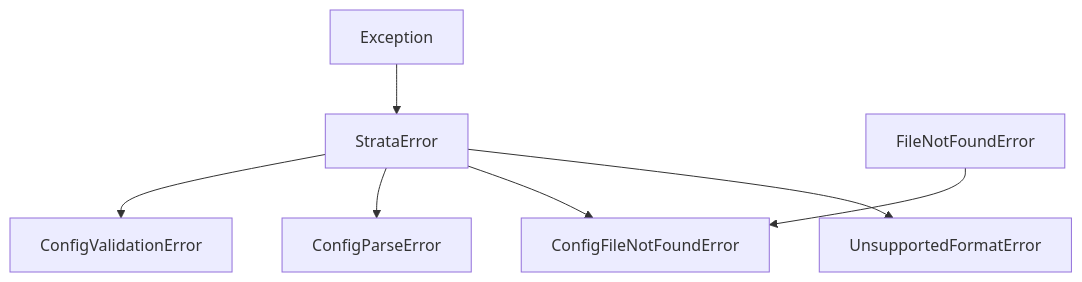
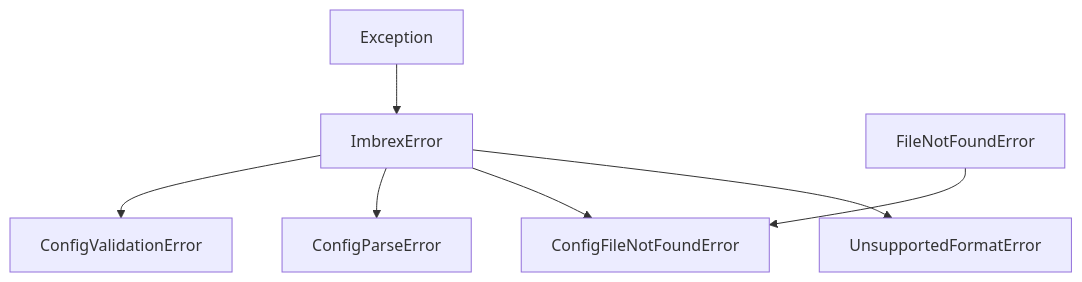
One commit to hanshannus/imbrex changed the diagram in docs/api/exceptions.md. Above: the diagram before and after it, drawn with Mermaid. The commit also changed other lines of this file and 33 other files, not shown here.

Commit message:
chore: rename project from strata to imbrex and update related documentation

````diff
--- a/docs/api/exceptions.md
+++ b/docs/api/exceptions.md
@@ -8,9 +8,9 @@
 ```mermaid
 graph TD
-    Exception --> StrataError
-    StrataError --> UnsupportedFormatError
-    StrataError --> ConfigFileNotFoundError
-    StrataError --> ConfigParseError
-    StrataError --> ConfigValidationError
+    Exception --> ImbrexError
+    ImbrexError --> UnsupportedFormatError
+    ImbrexError --> ConfigFileNotFoundError
+    ImbrexError --> ConfigParseError
+    ImbrexError --> ConfigValidationError
     FileNotFoundError --> ConfigFileNotFoundError
 ```
````
